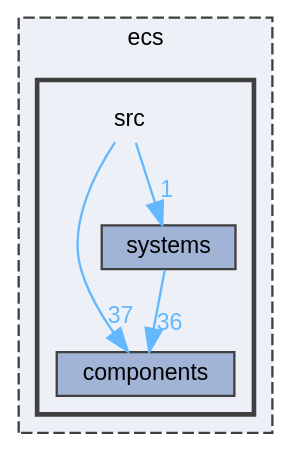
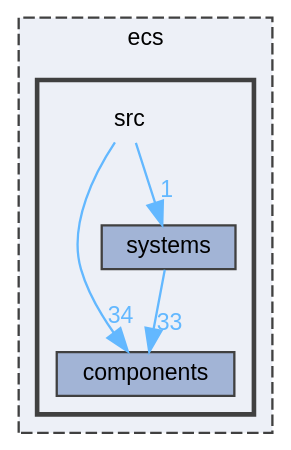
Before and after one commit to Houpsi/R-Type: the diagram in dir_cd62a81a5498271e83c00ee7432ae4e6_dep.dot, drawn with Graphviz. The commit also changed 283 other files, not shown here.

```diff
--- a/dir_cd62a81a5498271e83c00ee7432ae4e6_dep.dot
+++ b/dir_cd62a81a5498271e83c00ee7432ae4e6_dep.dot
@@ -1,20 +1,20 @@
 digraph "ecs/src"
 {
  // LATEX_PDF_SIZE
   bgcolor="transparent";
   edge [fontname=Helvetica,fontsize=10,labelfontname=Helvetica,labelfontsize=10];
   node [fontname=Helvetica,fontsize=10,shape=box,height=0.2,width=0.4];
   compound=true
   subgraph clusterdir_eafb92770fbc727220bdaa0b1292f771 {
     graph [ bgcolor="#edf0f7", pencolor="grey25", label="ecs", fontname=Helvetica,fontsize=10 style="filled,dashed", URL="dir_eafb92770fbc727220bdaa0b1292f771.html",tooltip=""]
   subgraph clusterdir_cd62a81a5498271e83c00ee7432ae4e6 {
     graph [ bgcolor="#edf0f7", pencolor="grey25", label="", fontname=Helvetica,fontsize=10 style="filled,bold", URL="dir_cd62a81a5498271e83c00ee7432ae4e6.html",tooltip=""]
     dir_cd62a81a5498271e83c00ee7432ae4e6 [shape=plaintext, label="src"];
   dir_79c5a346a0c3740c5441f87bb4d2087a [label="components", fillcolor="#a2b4d6", color="grey25", style="filled", URL="dir_79c5a346a0c3740c5441f87bb4d2087a.html",tooltip=""];
   dir_b6cc2f1b30b06e8d717dd3f4fede875e [label="systems", fillcolor="#a2b4d6", color="grey25", style="filled", URL="dir_b6cc2f1b30b06e8d717dd3f4fede875e.html",tooltip=""];
   }
   }
-  dir_cd62a81a5498271e83c00ee7432ae4e6->dir_79c5a346a0c3740c5441f87bb4d2087a [headlabel="37", labeldistance=1.5 headhref="dir_000008_000000.html" href="dir_000008_000000.html" color="steelblue1" fontcolor="steelblue1"];
+  dir_cd62a81a5498271e83c00ee7432ae4e6->dir_79c5a346a0c3740c5441f87bb4d2087a [headlabel="34", labeldistance=1.5 headhref="dir_000008_000000.html" href="dir_000008_000000.html" color="steelblue1" fontcolor="steelblue1"];
   dir_cd62a81a5498271e83c00ee7432ae4e6->dir_b6cc2f1b30b06e8d717dd3f4fede875e [headlabel="1", labeldistance=1.5 headhref="dir_000008_000010.html" href="dir_000008_000010.html" color="steelblue1" fontcolor="steelblue1"];
-  dir_b6cc2f1b30b06e8d717dd3f4fede875e->dir_79c5a346a0c3740c5441f87bb4d2087a [headlabel="36", labeldistance=1.5 headhref="dir_000010_000000.html" href="dir_000010_000000.html" color="steelblue1" fontcolor="steelblue1"];
+  dir_b6cc2f1b30b06e8d717dd3f4fede875e->dir_79c5a346a0c3740c5441f87bb4d2087a [headlabel="33", labeldistance=1.5 headhref="dir_000010_000000.html" href="dir_000010_000000.html" color="steelblue1" fontcolor="steelblue1"];
 }
```
